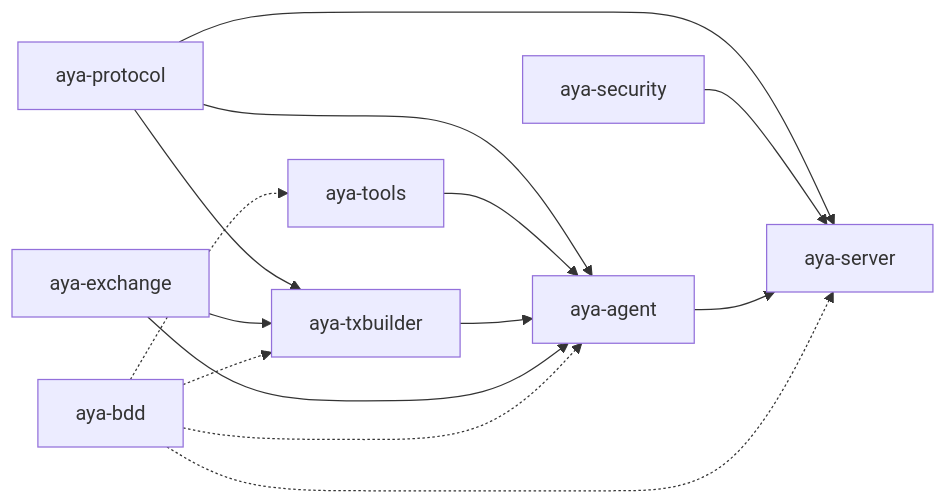
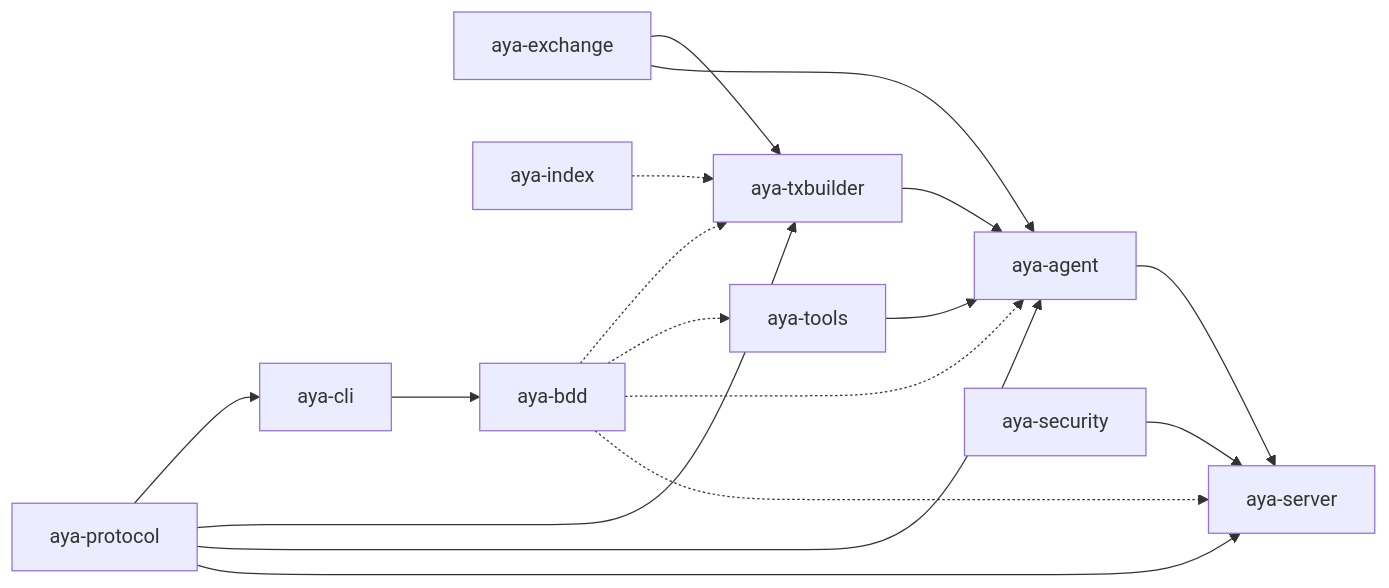
The sixth of 14 diagrams in ARCHITECTURE.md (klodio/aya-mobile-assistant), drawn with Mermaid before and after one commit. The commit also changed other lines of this file and 17 other files, not shown here.

Commit message:
Made the design more explicit regarding adding defi protocols via the integration of aya-index. Updated the diagrams in consequence.

````diff
--- a/ARCHITECTURE.md
+++ b/ARCHITECTURE.md
@@ -241,16 +241,19 @@
 ```mermaid
 graph LR
     PROTO[aya-protocol] --> SERVER[aya-server]
     PROTO --> AGENT[aya-agent]
     PROTO --> TXBUILD[aya-txbuilder]
+    PROTO --> CLI[aya-cli]
     SECURITY[aya-security] --> SERVER
     AGENT --> SERVER
     TOOLS[aya-tools] --> AGENT
     TXBUILD --> AGENT
     EXCHANGE[aya-exchange] --> AGENT
     EXCHANGE --> TXBUILD
-    BDD[aya-bdd] -.-> SERVER
+    INDEX[aya-index] -.-> TXBUILD
+    CLI --> BDD[aya-bdd]
+    BDD -.-> SERVER
     BDD -.-> AGENT
     BDD -.-> TOOLS
     BDD -.-> TXBUILD
 ```
````
